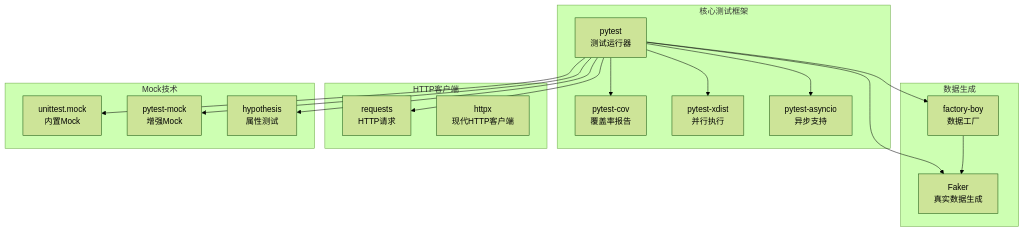
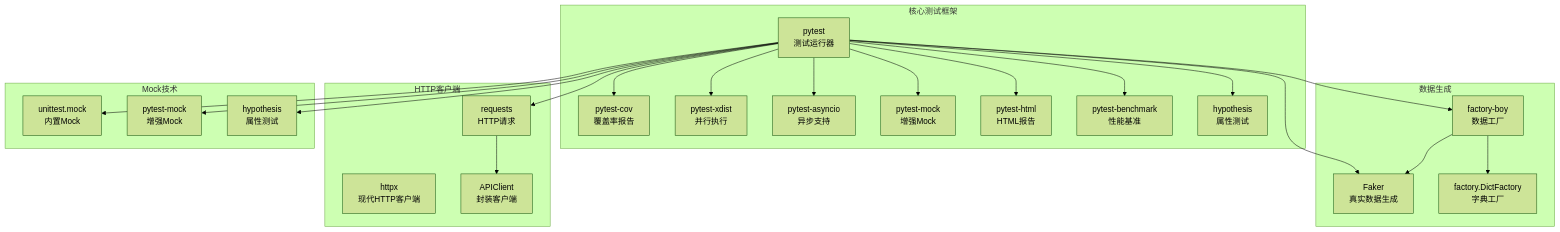
One commit to AngelWings1997/altas changed the seventh of 8 diagrams in .qoder/repowiki/zh/content/Altas Workflow Core/pytest测试模式参考.md. Above: the diagram before and after it, drawn with Mermaid (forest theme). The commit also changed other lines of this file and 8 other files, not shown here.

````diff
--- a/.qoder/repowiki/zh/content/Altas Workflow Core/pytest测试模式参考.md
+++ b/.qoder/repowiki/zh/content/Altas Workflow Core/pytest测试模式参考.md
@@ -333,32 +396,44 @@
 ```mermaid
 graph TB
 subgraph "核心测试框架"
 A[pytest<br/>测试运行器]
 B[pytest-cov<br/>覆盖率报告]
 C[pytest-xdist<br/>并行执行]
 D[pytest-asyncio<br/>异步支持]
+E[pytest-mock<br/>增强Mock]
+F[pytest-html<br/>HTML报告]
+G[pytest-benchmark<br/>性能基准]
+H[hypothesis<br/>属性测试]
 end
 subgraph "数据生成"
-E[factory-boy<br/>数据工厂]
-F[Faker<br/>真实数据生成]
+I[factory-boy<br/>数据工厂]
+J[Faker<br/>真实数据生成]
+K[factory.DictFactory<br/>字典工厂]
 end
 subgraph "HTTP客户端"
-G[requests<br/>HTTP请求]
-H[httpx<br/>现代HTTP客户端]
+L[requests<br/>HTTP请求]
+M[httpx<br/>现代HTTP客户端]
+N[APIClient<br/>封装客户端]
 end
 subgraph "Mock技术"
-I[unittest.mock<br/>内置Mock]
-J[pytest-mock<br/>增强Mock]
-K[hypothesis<br/>属性测试]
+O[unittest.mock<br/>内置Mock]
+P[pytest-mock<br/>增强Mock]
+Q[hypothesis<br/>属性测试]
 end
 A --> B
 A --> C
 A --> D
 A --> E
 A --> F
 A --> G
+A --> H
 A --> I
 A --> J
-A --> K
-E --> F
+A --> L
+A --> O
+A --> P
+A --> Q
+I --> J
+I --> K
+L --> N
 ```
````
